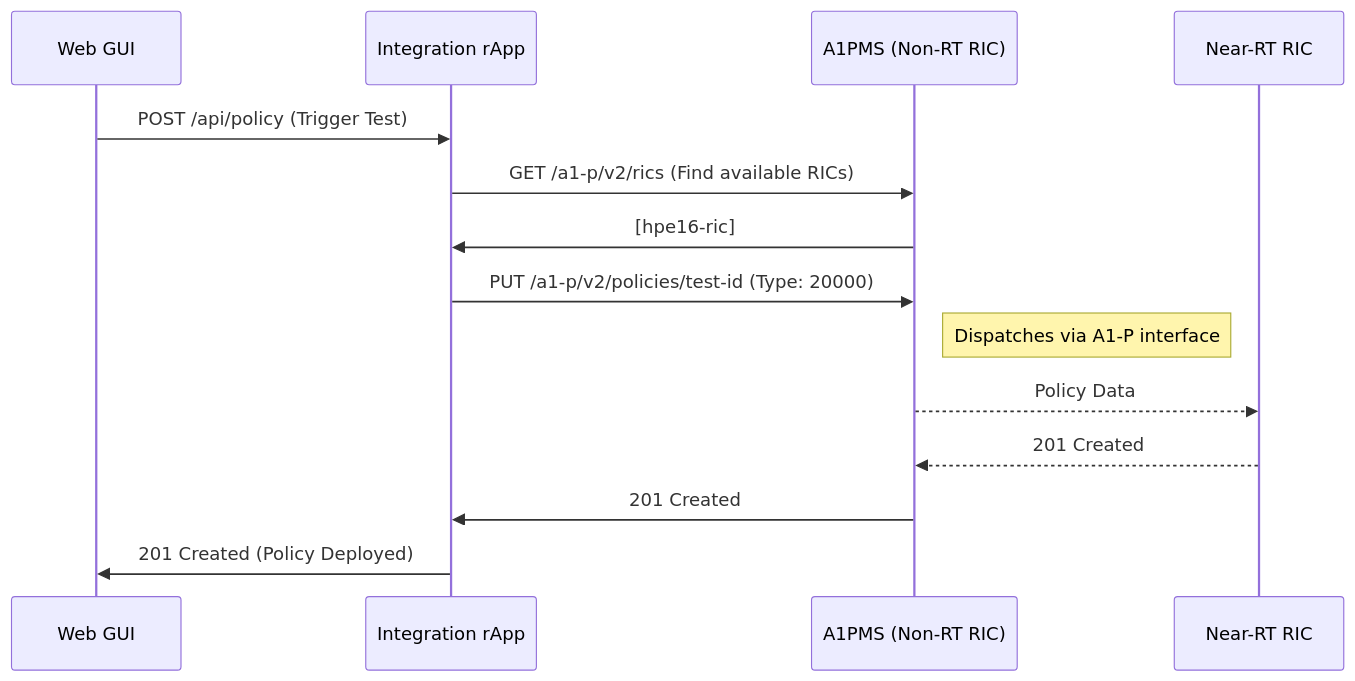
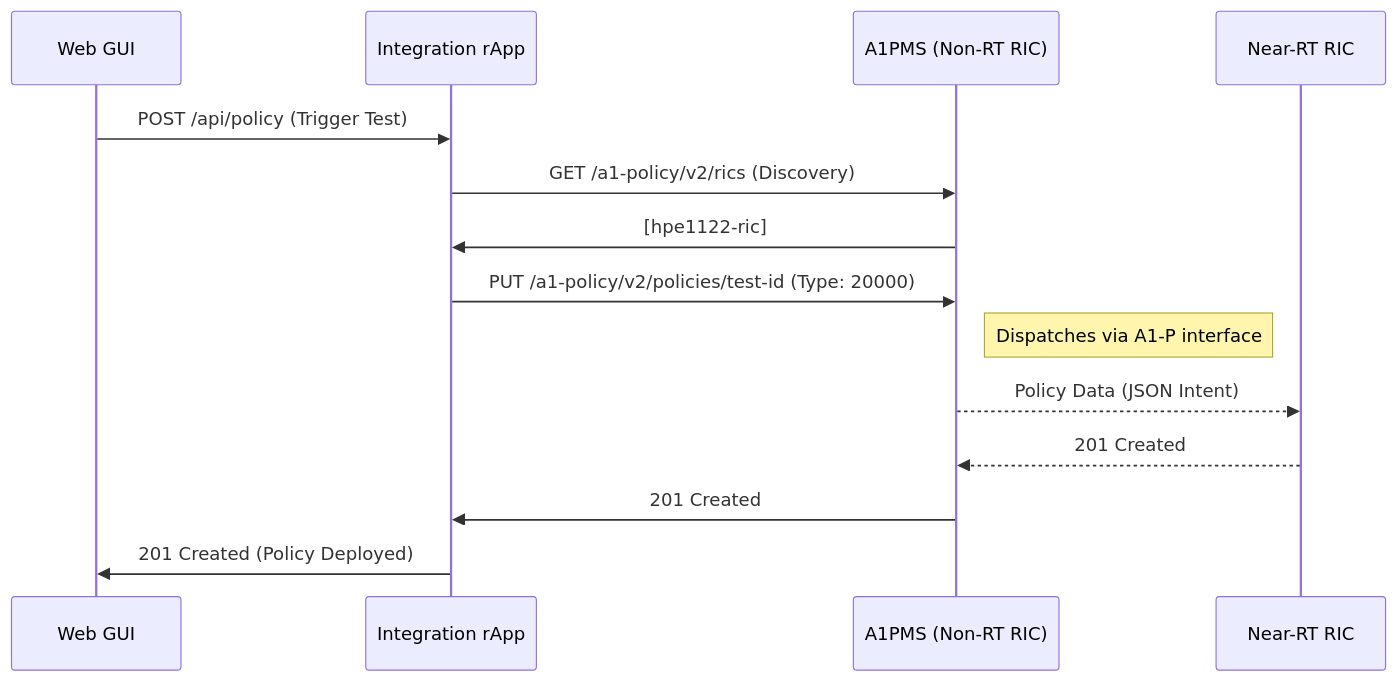
One commit to sknrao/oransc-sanity changed the sixth of 6 diagrams in agnik/integration-rapp/architecture.md. Above: the diagram before and after it, drawn with Mermaid. The commit also changed other lines of this file and 5 other files, not shown here.

````diff
--- a/agnik/integration-rapp/architecture.md
+++ b/agnik/integration-rapp/architecture.md
@@ -163,19 +168,19 @@
 ```mermaid
 sequenceDiagram
     participant UI as Web GUI
     participant App as Integration rApp
     participant A1 as A1PMS (Non-RT RIC)
     participant RIC as Near-RT RIC
 
     UI->>App: POST /api/policy (Trigger Test)
-    App->>A1: GET /a1-p/v2/rics (Find available RICs)
-    A1->>App: [hpe16-ric]
+    App->>A1: GET /a1-policy/v2/rics (Discovery)
+    A1->>App: [hpe1122-ric]
     
-    App->>A1: PUT /a1-p/v2/policies/test-id (Type: 20000)
+    App->>A1: PUT /a1-policy/v2/policies/test-id (Type: 20000)
     Note right of A1: Dispatches via A1-P interface
-    A1-->>RIC: Policy Data
+    A1-->>RIC: Policy Data (JSON Intent)
     RIC-->>A1: 201 Created
     A1->>App: 201 Created
     
     App->>UI: 201 Created (Policy Deployed)
 ```
````
